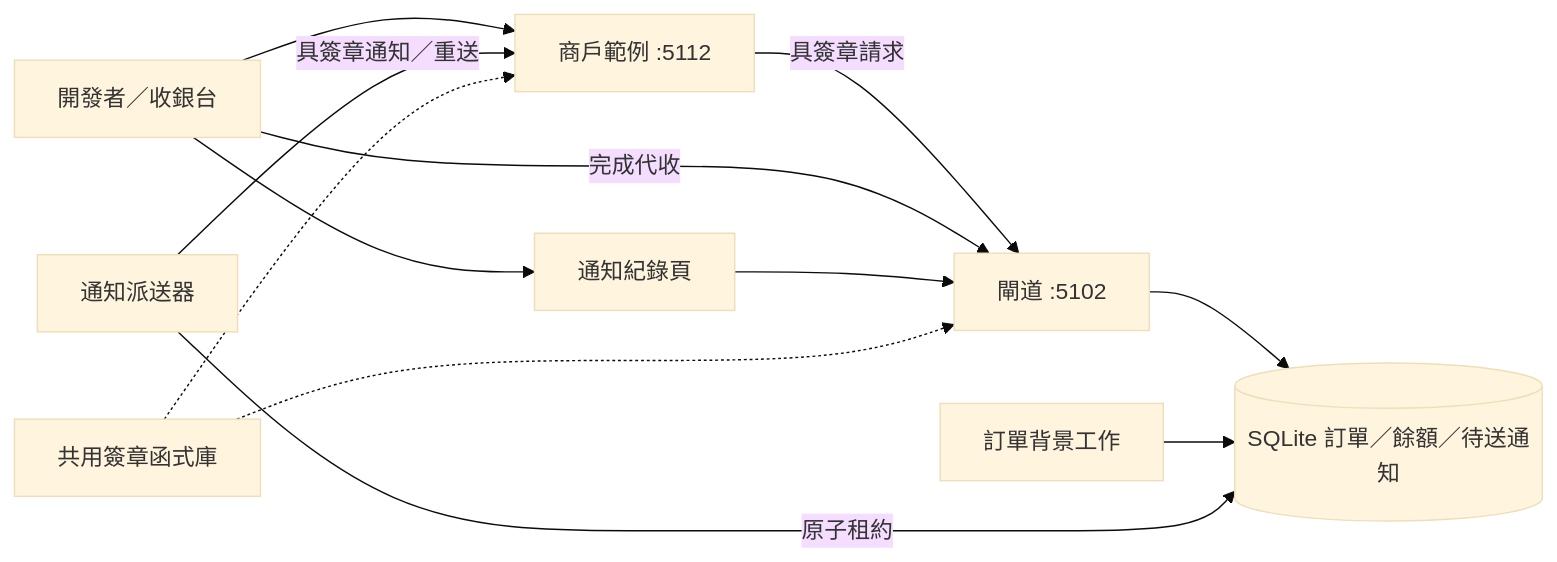
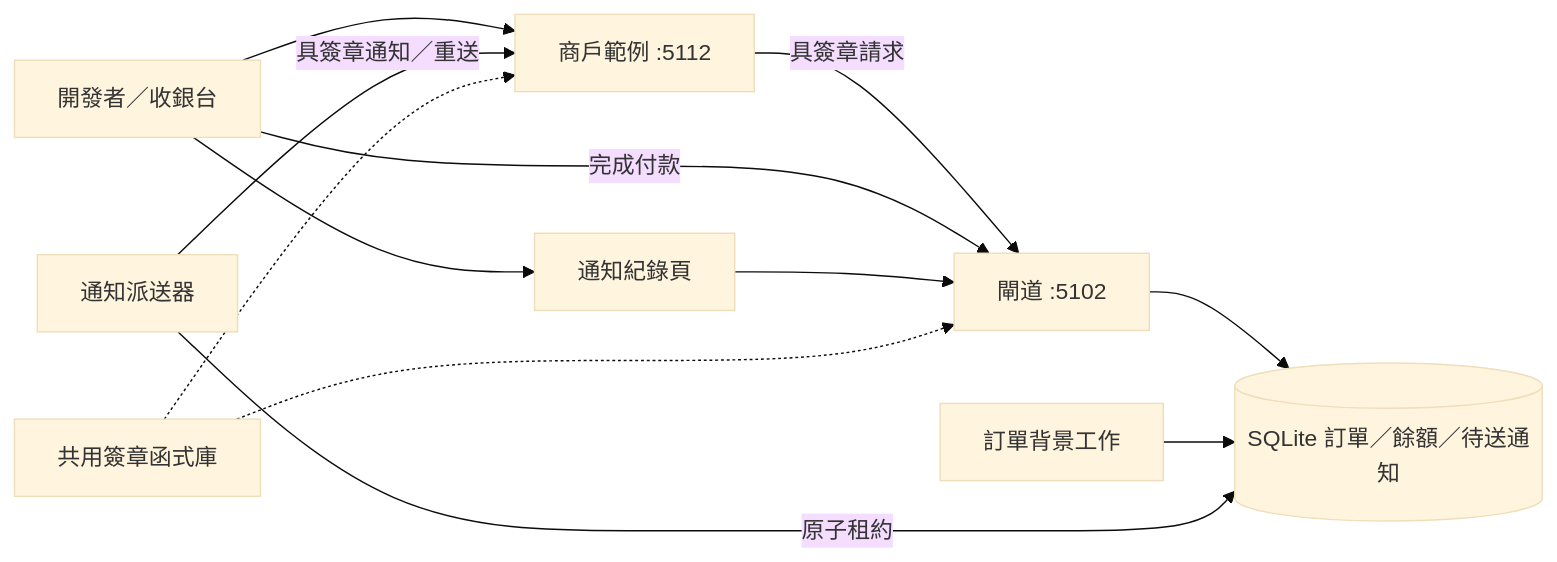
One commit to Marc-YULIN/payment-gateway-simulator changed the diagram in README.zh-TW.md. Above: the diagram before and after it, drawn with Mermaid (base theme). The commit also changed other lines of this file, not shown here.

Commit message:
docs(zh-TW): describe the project as a third-party API callback sandbox

````diff
--- a/README.zh-TW.md
+++ b/README.zh-TW.md
@@ -34,14 +34,14 @@
 ```mermaid
 flowchart LR
     User[開發者／收銀台] --> Merchant[商戶範例 :5112]
     Merchant -->|具簽章請求| API[閘道 :5102]
-    User -->|完成代收| API
+    User -->|完成付款| API
     API --> DB[(SQLite 訂單／餘額／待送通知)]
     Worker[訂單背景工作] --> DB
     Dispatcher[通知派送器] -->|原子租約| DB
     Dispatcher -->|具簽章通知／重送| Merchant
     User --> Journal[通知紀錄頁]
     Journal --> API
     Signing[共用簽章函式庫] -.-> API
     Signing -.-> Merchant
 ```
````
